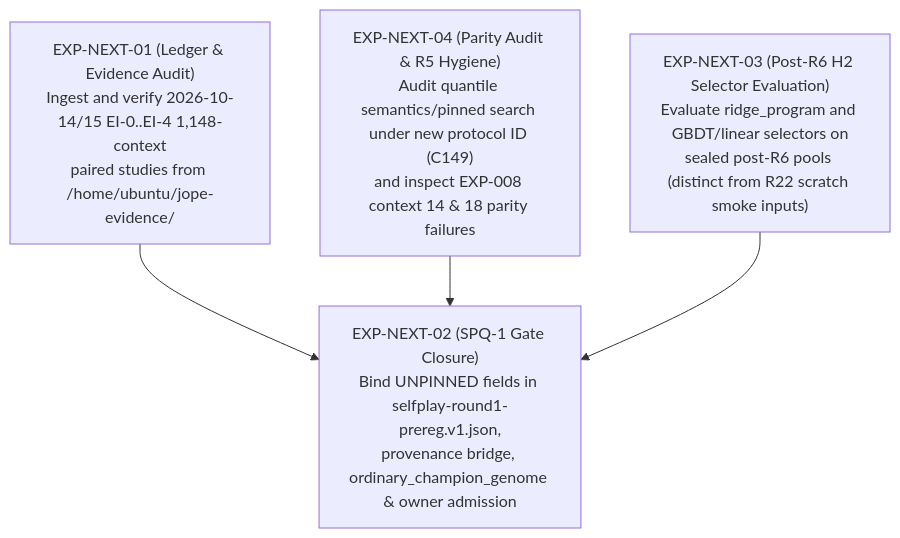
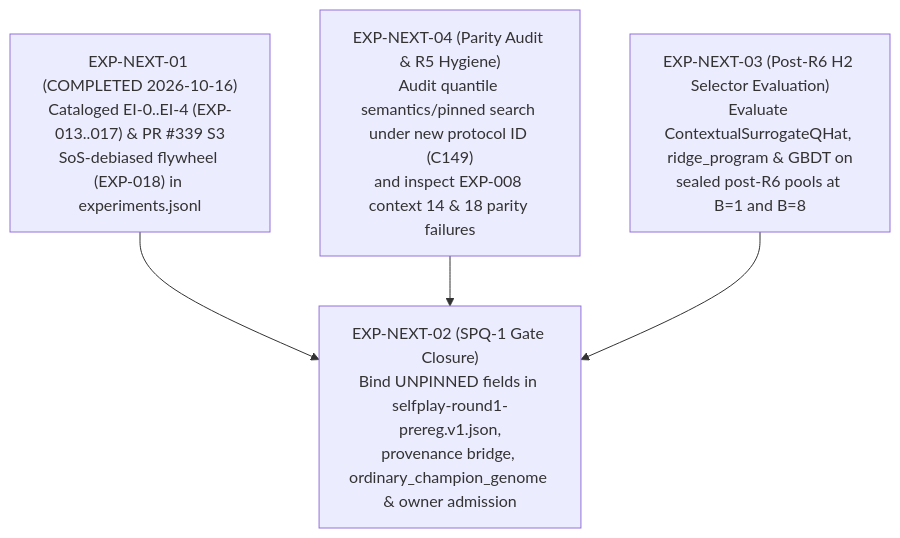
One commit to neverhuman/JopeDime changed the diagram in docs/experiments/SYNTHESIS_AND_NEXT_EXPERIMENTS.md. Above: the diagram before and after it, drawn with Mermaid. The commit also changed other lines of this file and 3 other files, not shown here.

Commit message:
docs(experiments): catalog EI-0..EI-4 and PR #339 S3 flywheel in EXP-013..EXP-018 (EXP-NEXT-01)

````diff
--- a/docs/experiments/SYNTHESIS_AND_NEXT_EXPERIMENTS.md
+++ b/docs/experiments/SYNTHESIS_AND_NEXT_EXPERIMENTS.md
@@ -50,6 +54,6 @@
 ```mermaid
 flowchart TD
-    A["EXP-NEXT-01 (Ledger & Evidence Audit)<br/>Ingest and verify 2026-10-14/15 EI-0..EI-4 1,148-context<br/>paired studies from /home/ubuntu/jope-evidence/"] --> B["EXP-NEXT-02 (SPQ-1 Gate Closure)<br/>Bind UNPINNED fields in selfplay-round1-prereg.v1.json,<br/>provenance bridge, ordinary_champion_genome & owner admission"]
+    A["EXP-NEXT-01 (COMPLETED 2026-10-16)<br/>Cataloged EI-0..EI-4 (EXP-013..017) & PR #339 S3<br/>SoS-debiased flywheel (EXP-018) in experiments.jsonl"] --> B["EXP-NEXT-02 (SPQ-1 Gate Closure)<br/>Bind UNPINNED fields in selfplay-round1-prereg.v1.json,<br/>provenance bridge, ordinary_champion_genome & owner admission"]
     C["EXP-NEXT-04 (Parity Audit & R5 Hygiene)<br/>Audit quantile semantics/pinned search under new protocol ID (C149)<br/>and inspect EXP-008 context 14 & 18 parity failures"] --> B
-    D["EXP-NEXT-03 (Post-R6 H2 Selector Evaluation)<br/>Evaluate ridge_program and GBDT/linear selectors on<br/>sealed post-R6 pools (distinct from R22 scratch smoke inputs)"] --> B
+    D["EXP-NEXT-03 (Post-R6 H2 Selector Evaluation)<br/>Evaluate ContextualSurrogateQHat, ridge_program & GBDT on<br/>sealed post-R6 pools at B=1 and B=8"] --> B
 ```
````
